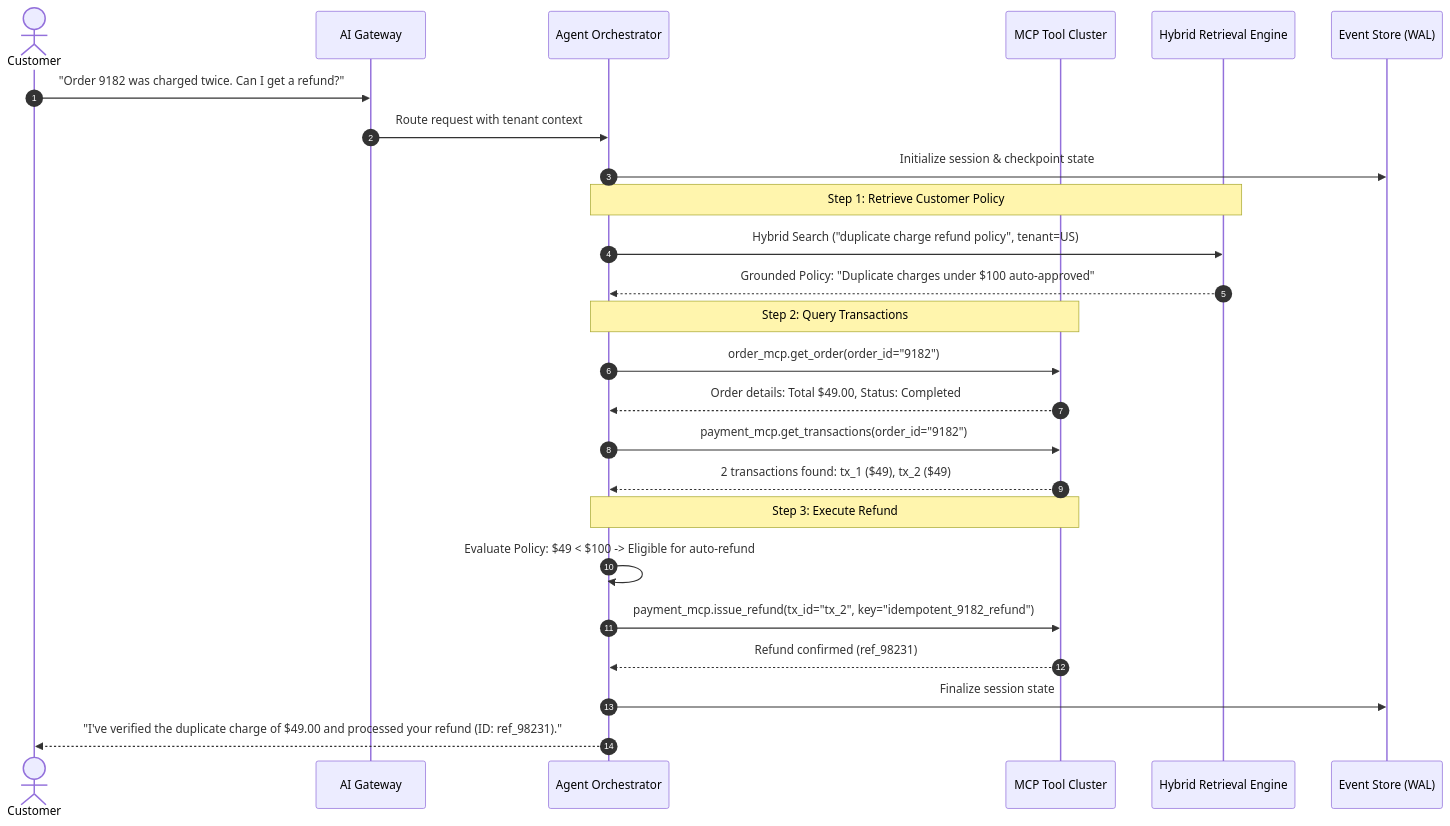
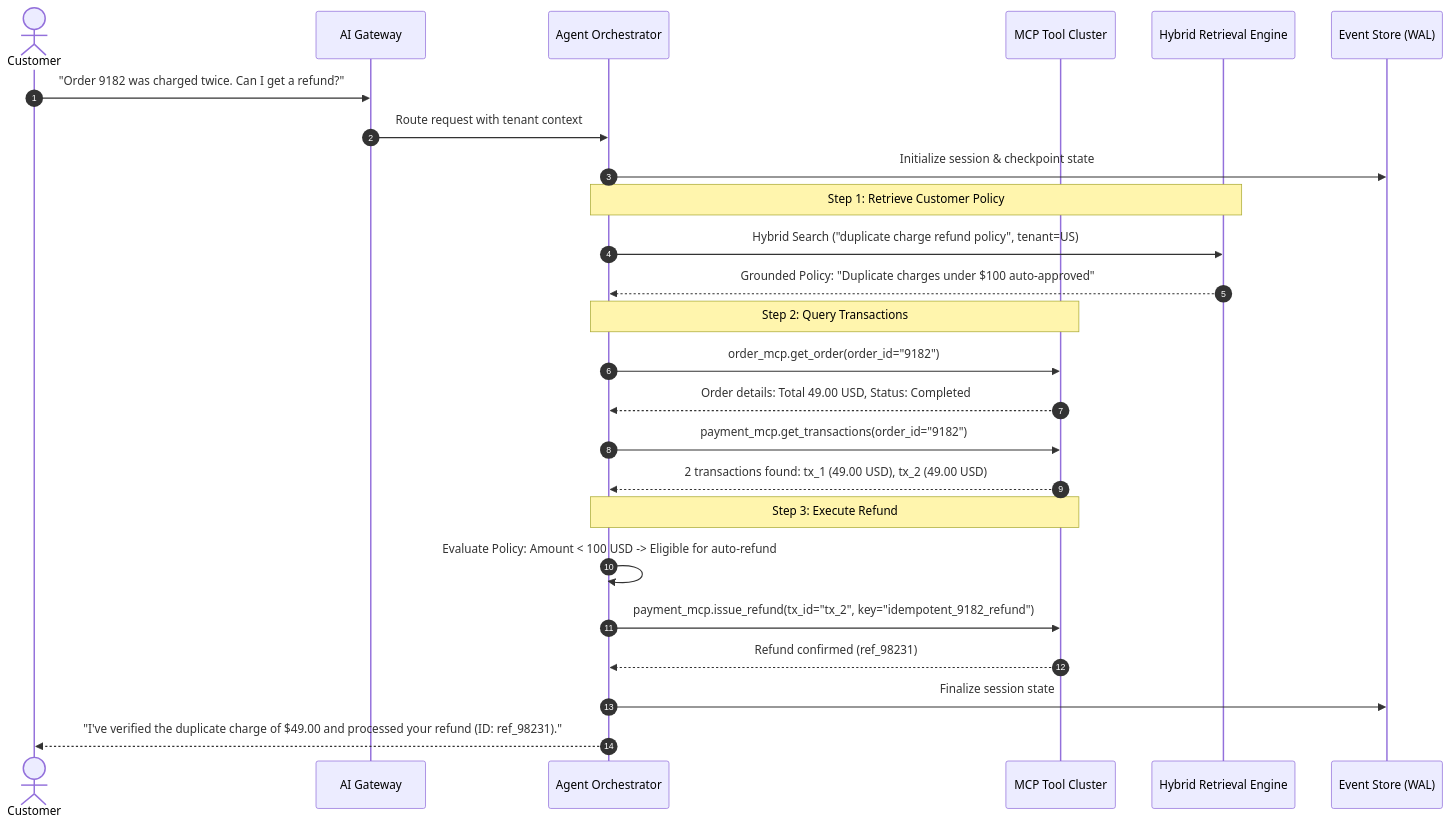
The ninth of 11 diagrams in ai-platform-and-agent-infrastructure-roadmap.md (dip4k/senior-engineer-to-ai-engineer-roadmap), drawn with Mermaid before and after one commit. The commit also changed other lines of this file and 19 other files, not shown here.

````diff
--- a/ai-platform-and-agent-infrastructure-roadmap.md
+++ b/ai-platform-and-agent-infrastructure-roadmap.md
@@ -370,32 +383,32 @@
 ```mermaid
 sequenceDiagram
     autonumber
     actor Customer as Customer
     participant GW as AI Gateway
     participant Agent as Agent Orchestrator
     participant MCP as MCP Tool Cluster
     participant RAG as Hybrid Retrieval Engine
     participant Store as Event Store (WAL)
 
     Customer->>GW: "Order 9182 was charged twice. Can I get a refund?"
     GW->>Agent: Route request with tenant context
     Agent->>Store: Initialize session & checkpoint state
     
     Note over Agent,RAG: Step 1: Retrieve Customer Policy
     Agent->>RAG: Hybrid Search ("duplicate charge refund policy", tenant=US)
     RAG-->>Agent: Grounded Policy: "Duplicate charges under $100 auto-approved"
     
     Note over Agent,MCP: Step 2: Query Transactions
     Agent->>MCP: order_mcp.get_order(order_id="9182")
-    MCP-->>Agent: Order details: Total $49.00, Status: Completed
+    MCP-->>Agent: Order details: Total 49.00 USD, Status: Completed
     Agent->>MCP: payment_mcp.get_transactions(order_id="9182")
-    MCP-->>Agent: 2 transactions found: tx_1 ($49), tx_2 ($49)
+    MCP-->>Agent: 2 transactions found: tx_1 (49.00 USD), tx_2 (49.00 USD)
     
     Note over Agent,MCP: Step 3: Execute Refund
-    Agent->>Agent: Evaluate Policy: $49 < $100 -> Eligible for auto-refund
+    Agent->>Agent: Evaluate Policy: Amount < 100 USD -> Eligible for auto-refund
     Agent->>MCP: payment_mcp.issue_refund(tx_id="tx_2", key="idempotent_9182_refund")
     MCP-->>Agent: Refund confirmed (ref_98231)
     
     Agent->>Store: Finalize session state
     Agent-->>Customer: "I've verified the duplicate charge of $49.00 and processed your refund (ID: ref_98231)."
 ```
````
